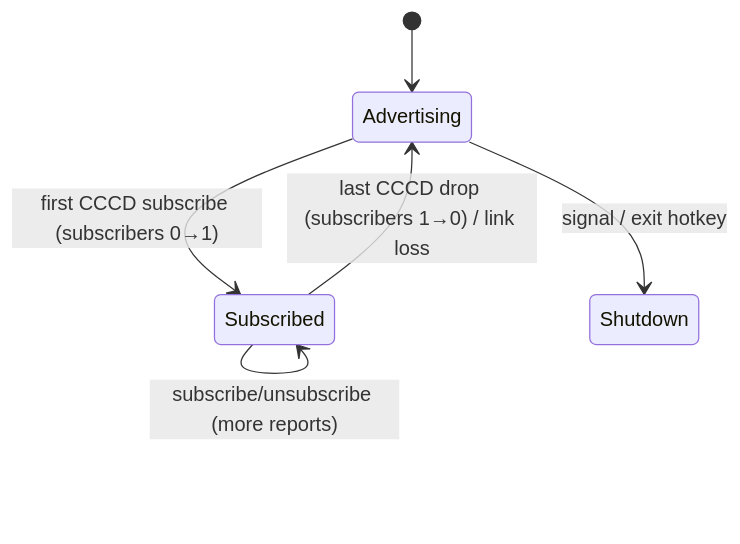
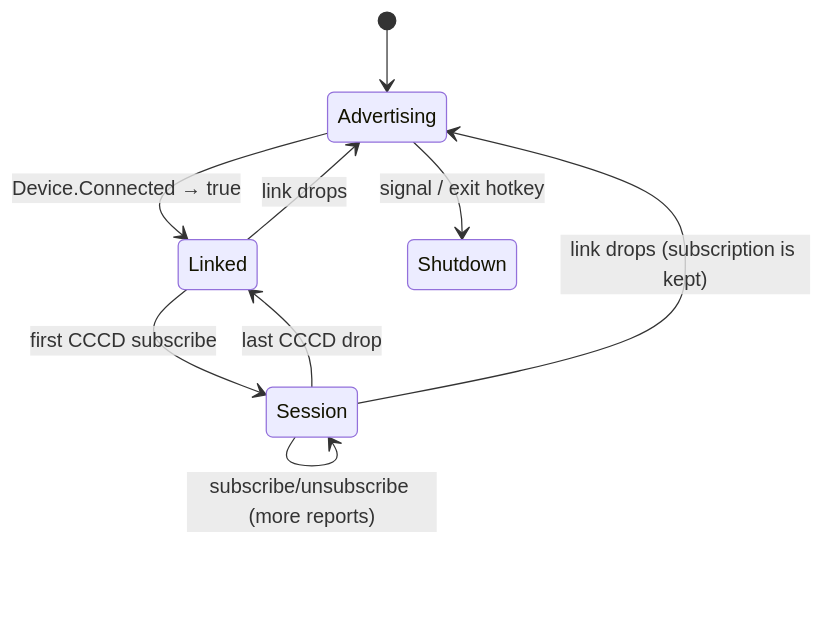
One commit to frankier/blooter changed the fourth of 8 diagrams in design/CONNECTION.md. Above: the diagram before and after it, drawn with Mermaid. The commit also changed other lines of this file and 3 other files, not shown here.

Commit message:
Make BLE connection logic more robust by tracking connected and subscribed separately

````diff
--- a/design/CONNECTION.md
+++ b/design/CONNECTION.md
@@ -164,8 +165,11 @@
 ```mermaid
 stateDiagram-v2
     [*] --> Advertising
-    Advertising --> Subscribed: first CCCD subscribe (subscribers 0→1)
-    Subscribed --> Subscribed: subscribe/unsubscribe (more reports)
-    Subscribed --> Advertising: last CCCD drop (subscribers 1→0) / link loss
+    Advertising --> Linked: Device.Connected → true
+    Linked --> Advertising: link drops
+    Linked --> Session: first CCCD subscribe
+    Session --> Session: subscribe/unsubscribe (more reports)
+    Session --> Linked: last CCCD drop
+    Session --> Advertising: link drops (subscription is kept)
     Advertising --> Shutdown: signal / exit hotkey
 ```
````
